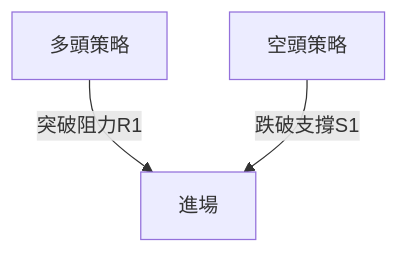
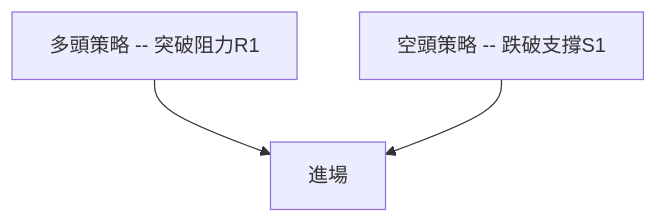
The ninth of 10 diagrams in ai_gen_report/stock/nu/technical_analysis_2026-04-07_openai.md (yennanliu/finance_data), drawn with Mermaid before and after one commit. The commit also changed other lines of this file and 2258 other files, not shown here.

First line of the commit message:
chore: backfill Mermaid syntax repair across existing reports

````diff
--- a/ai_gen_report/stock/nu/technical_analysis_2026-04-07_openai.md
+++ b/ai_gen_report/stock/nu/technical_analysis_2026-04-07_openai.md
@@ -304,5 +304,5 @@
 ```mermaid
 graph TD
-    多頭策略 -- 突破阻力R1 --> 進場
-    空頭策略 -- 跌破支撐S1 --> 進場
+    nb1["多頭策略 -- 突破阻力R1"] --> 進場
+    nb2["空頭策略 -- 跌破支撐S1"] --> 進場
 ```
````
